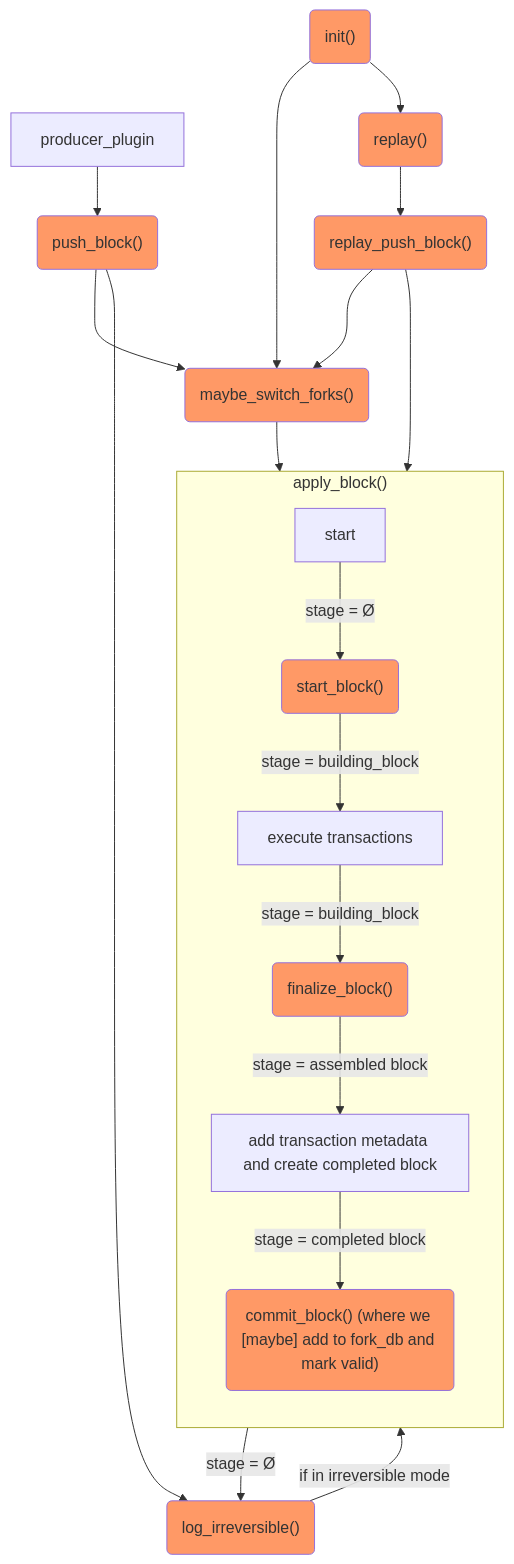
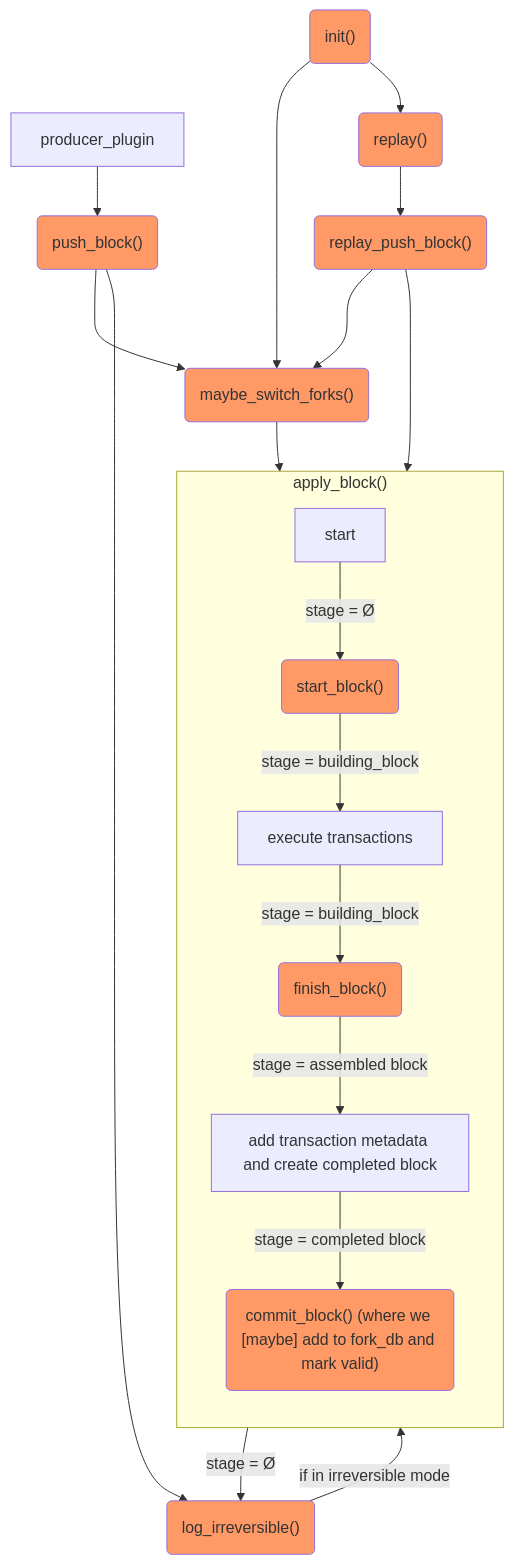
Before and after one commit to AntelopeIO/leap: the diagram in docs/block_production/lifecycle.md, drawn with Mermaid. The commit also changed 7 other files, not shown here.

Commit message:
GH-2045 Rename finalize_block to finish_block to avoid confusion with finalizing a block in instant finality

````diff
--- a/docs/block_production/lifecycle.md
+++ b/docs/block_production/lifecycle.md
@@ -3,25 +3,25 @@
 ```mermaid
 flowchart TD
     pp[producer_plugin] --> D
     A("replay()"):::fun --> B("replay_push_block()"):::fun
     B --> E("maybe_switch_forks()"):::fun
     C("init()"):::fun ---> E
     C --> A
     D("push_block()"):::fun ---> E
     subgraph G["apply_block()"]
        direction TB
        start -- "stage = &Oslash;" --> sb
        sb("start_block()"):::fun -- "stage = building_block" --> et
-       et["execute transactions" ] -- "stage = building_block" --> fb("finalize_block()"):::fun
+       et["execute transactions" ] -- "stage = building_block" --> fb("finish_block()"):::fun
        fb -- "stage = assembled block" --> cb["add transaction metadata and create completed block"]
        cb -- "stage = completed block" --> commit("commit_block() (where we [maybe] add to fork_db and mark valid)"):::fun
 
     end
     B ----> start
     E --> G
     D --> F("log_irreversible()"):::fun
     commit -- "stage =  &Oslash;" -->  F
     F -- "if in irreversible mode" --> G
 
     classDef fun fill:#f96
 ```
````
